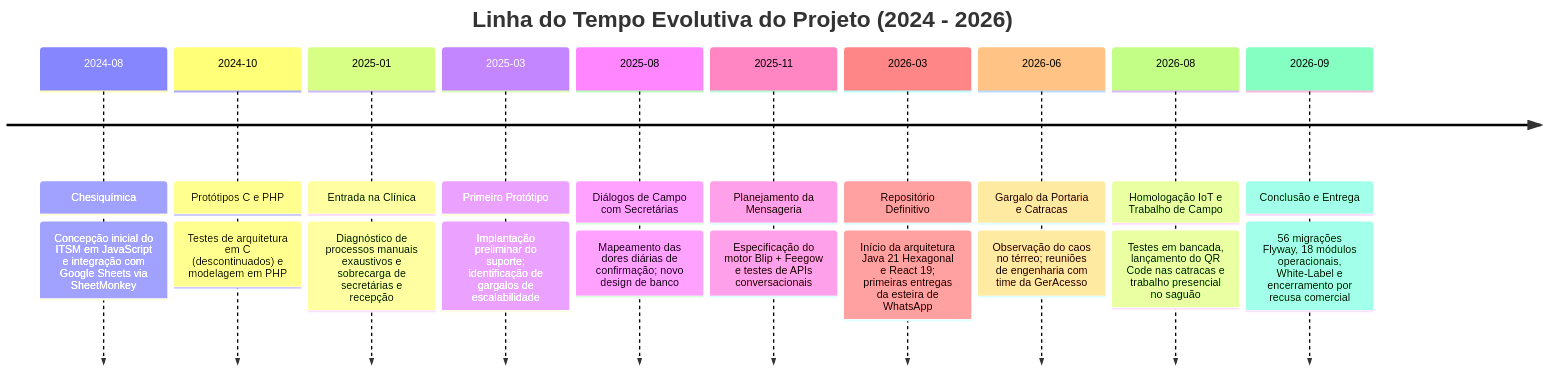
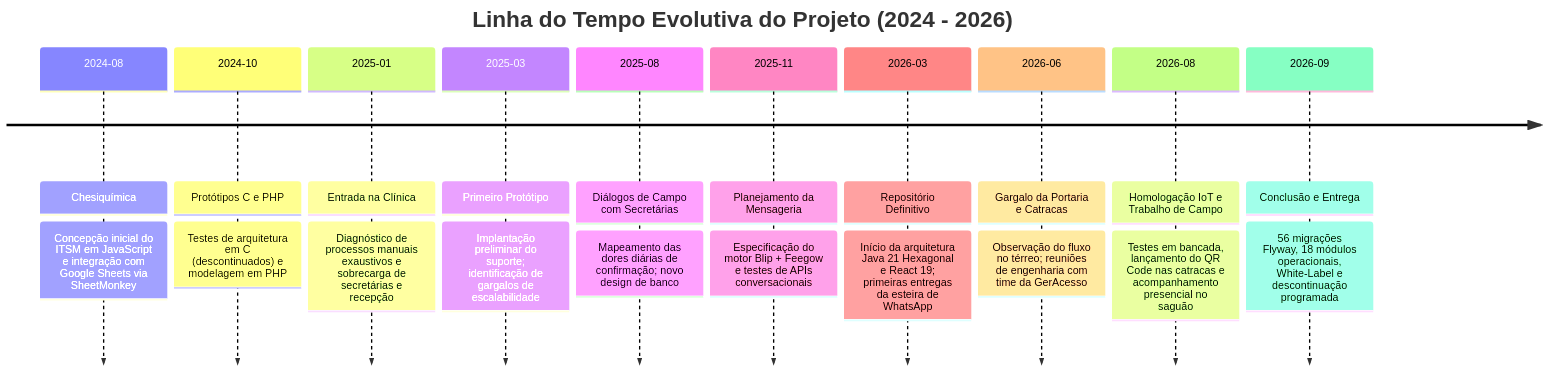
Before and after one commit to VictorGHss/CTRLS-ITSM: the first of 3 diagrams in docs/RELATORIO_DESENVOLVIMENTO_E_POSTMORTEM.md, drawn with Mermaid. The commit also changed other lines of this file, not shown here.

Commit message:
docs: reescrever memorial em primeira pessoa com tom executivo diplomático e autoria direta

````diff
--- a/docs/RELATORIO_DESENVOLVIMENTO_E_POSTMORTEM.md
+++ b/docs/RELATORIO_DESENVOLVIMENTO_E_POSTMORTEM.md
@@ -29,14 +29,14 @@
 ```mermaid
 timeline
     title Linha do Tempo Evolutiva do Projeto (2024 - 2026)
     2024-08 : Chesiquímica : Concepção inicial do ITSM em JavaScript e integração com Google Sheets via SheetMonkey
     2024-10 : Protótipos C e PHP : Testes de arquitetura em C (descontinuados) e modelagem em PHP
     2025-01 : Entrada na Clínica : Diagnóstico de processos manuais exaustivos e sobrecarga de secretárias e recepção
     2025-03 : Primeiro Protótipo : Implantação preliminar do suporte; identificação de gargalos de escalabilidade
     2025-08 : Diálogos de Campo com Secretárias : Mapeamento das dores diárias de confirmação; novo design de banco
     2025-11 : Planejamento da Mensageria : Especificação do motor Blip + Feegow e testes de APIs conversacionais
     2026-03 : Repositório Definitivo : Início da arquitetura Java 21 Hexagonal e React 19; primeiras entregas da esteira de WhatsApp
-    2026-06 : Gargalo da Portaria e Catracas : Observação do caos no térreo; reuniões de engenharia com time da GerAcesso
-    2026-08 : Homologação IoT e Trabalho de Campo : Testes em bancada, lançamento do QR Code nas catracas e trabalho presencial no saguão
-    2026-09 : Conclusão e Entrega : 56 migrações Flyway, 18 módulos operacionais, White-Label e encerramento por recusa comercial
+    2026-06 : Gargalo da Portaria e Catracas : Observação do fluxo no térreo; reuniões de engenharia com time da GerAcesso
+    2026-08 : Homologação IoT e Trabalho de Campo : Testes em bancada, lançamento do QR Code nas catracas e acompanhamento presencial no saguão
+    2026-09 : Conclusão e Entrega : 56 migrações Flyway, 18 módulos operacionais, White-Label e descontinuação programada
 ```
````
